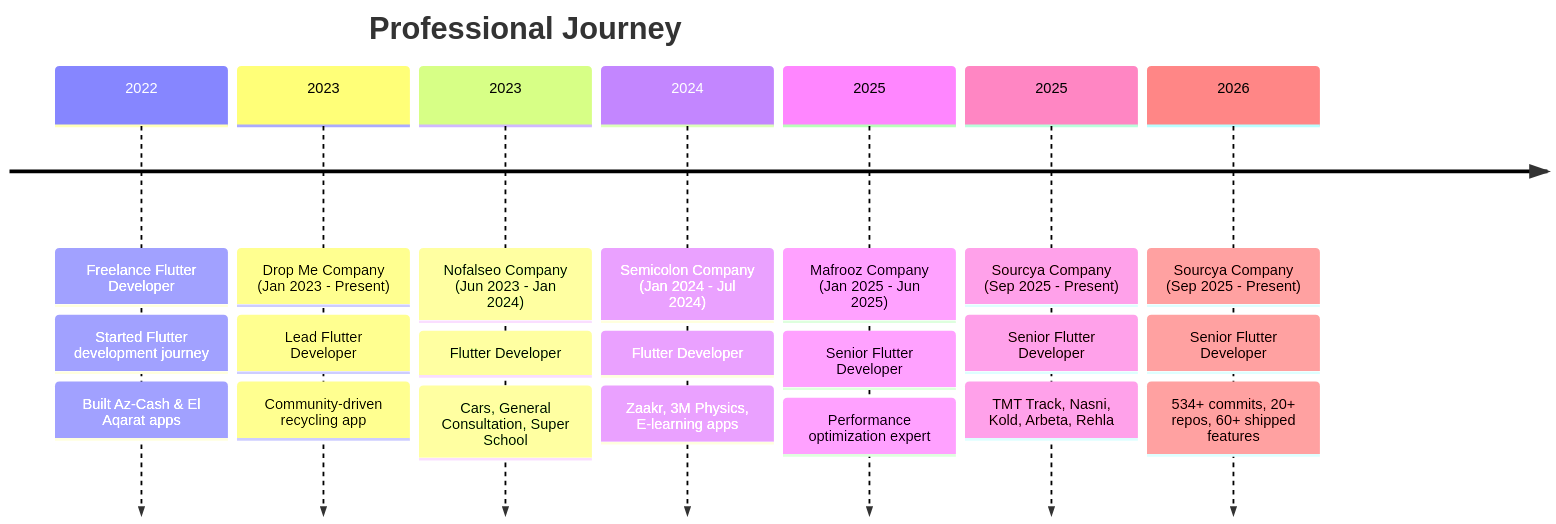
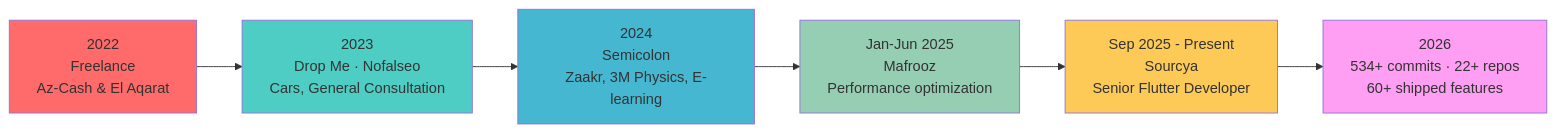
Before and after one commit to OmarSaeed20/OmarSaeed20: the second of 4 diagrams in README.md, drawn with Mermaid. The commit also changed other lines of this file and 1 other file, not shown here.

````diff
--- a/README.md
+++ b/README.md
@@ -153,32 +153,15 @@
 ```mermaid
-timeline
-    title Professional Journey
-    
-    2022 : Freelance Flutter Developer
-         : Started Flutter development journey
-         : Built Az-Cash & El Aqarat apps
-    
-    2023 : Drop Me Company (Jan 2023 - Present)
-         : Lead Flutter Developer
-         : Community-driven recycling app
-    
-    2023 : Nofalseo Company (Jun 2023 - Jan 2024)
-         : Flutter Developer
-         : Cars, General Consultation, Super School
-    
-    2024 : Semicolon Company (Jan 2024 - Jul 2024)
-         : Flutter Developer
-         : Zaakr, 3M Physics, E-learning apps
-    
-    2025 : Mafrooz Company (Jan 2025 - Jun 2025)
-         : Senior Flutter Developer
-         : Performance optimization expert
-    
-    2025 : Sourcya Company (Sep 2025 - Present)
-         : Senior Flutter Developer
-         : TMT Track, Nasni, Kold, Arbeta, Rehla
-    
-    2026 : Sourcya Company (Sep 2025 - Present)
-         : Senior Flutter Developer
-         : 534+ commits, 20+ repos, 60+ shipped features
+graph LR
+    A["2022<br/>Freelance<br/>Az-Cash & El Aqarat"] --> B["2023<br/>Drop Me · Nofalseo<br/>Cars, General Consultation"]
+    B --> C["2024<br/>Semicolon<br/>Zaakr, 3M Physics, E-learning"]
+    C --> D["Jan-Jun 2025<br/>Mafrooz<br/>Performance optimization"]
+    D --> E["Sep 2025 - Present<br/>Sourcya<br/>Senior Flutter Developer"]
+    E --> F["2026<br/>534+ commits · 22+ repos<br/>60+ shipped features"]
+
+    style A fill:#FF6B6B
+    style B fill:#4ECDC4
+    style C fill:#45B7D1
+    style D fill:#96CEB4
+    style E fill:#FECA57
+    style F fill:#FF9FF3
 ```
````
